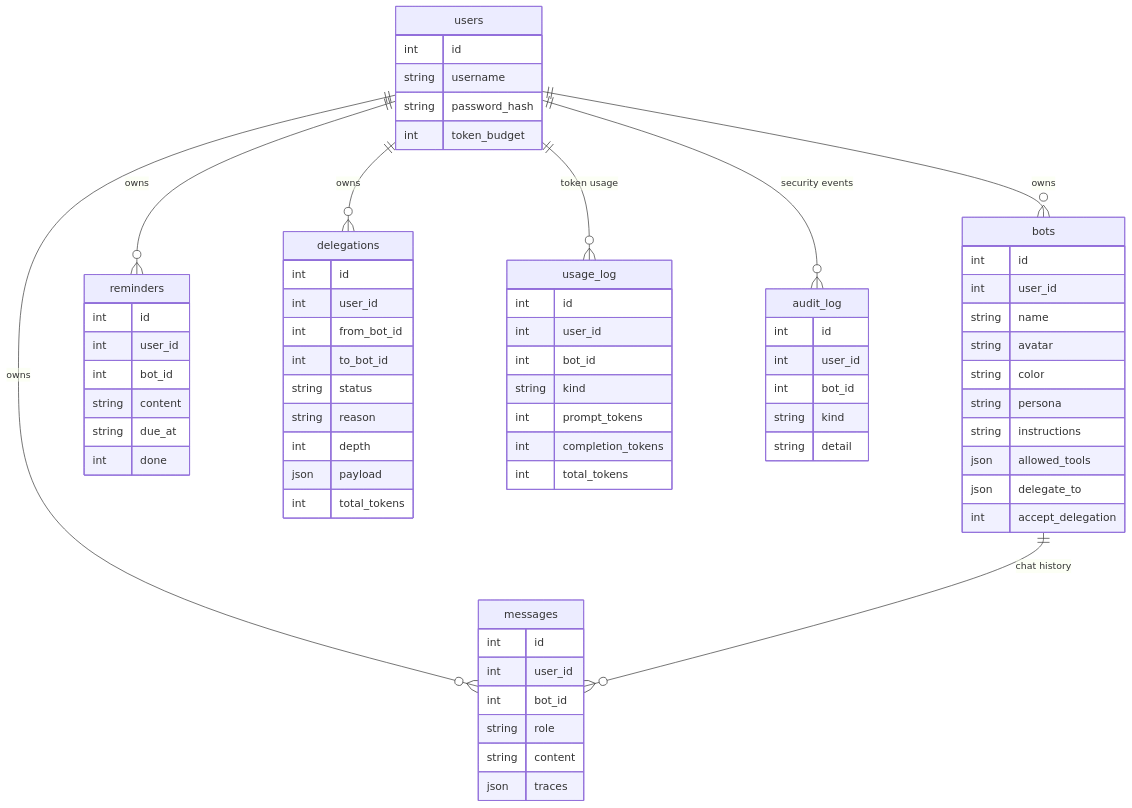
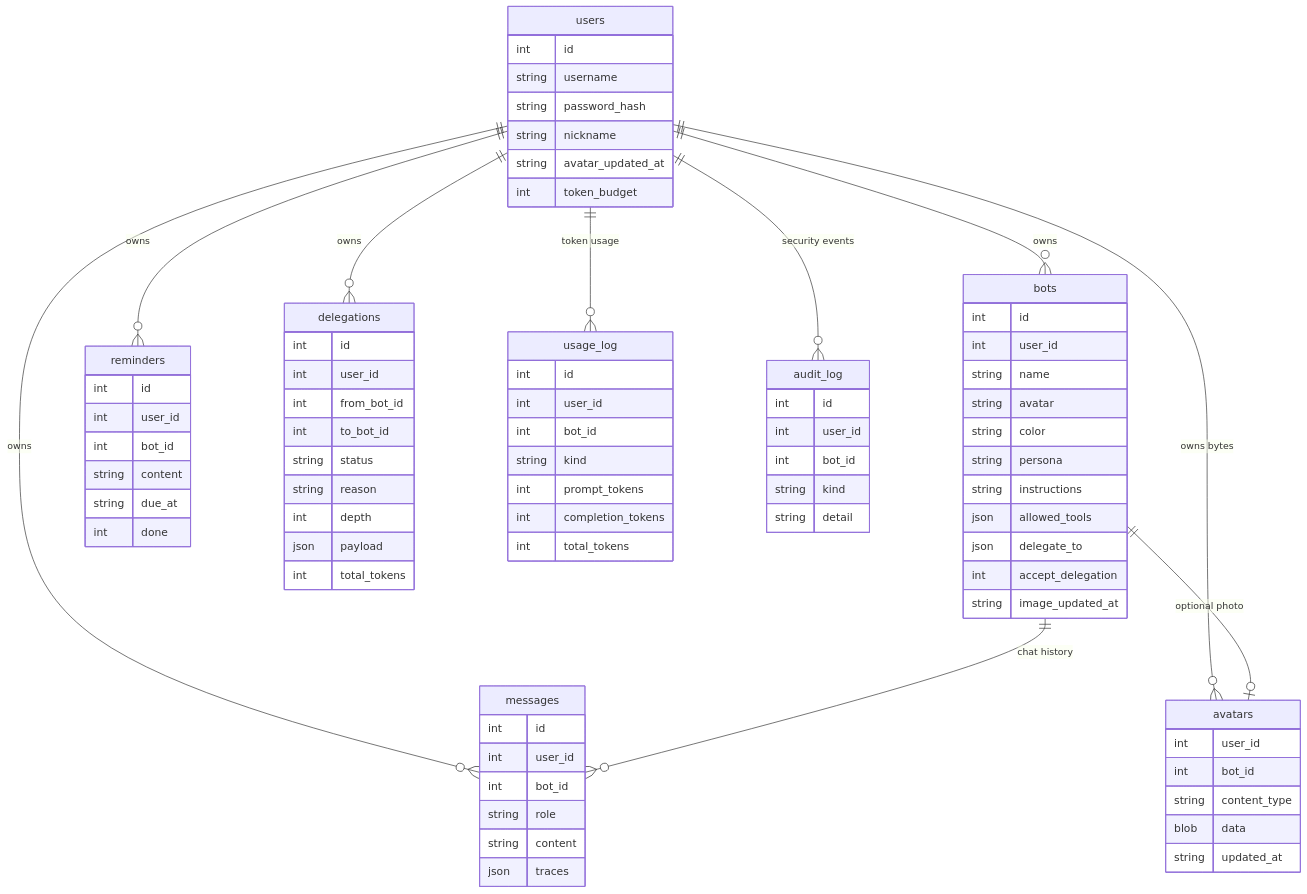
The second of 2 diagrams in docs/design/ARCHITECTURE.md (luisporschewind-ai/VeraBot), drawn with Mermaid before and after one commit. The commit also changed other lines of this file and 42 other files, not shown here.

First line of the commit message:
feat: add user and bot photo avatars and editable nickname

````diff
--- a/docs/design/ARCHITECTURE.md
+++ b/docs/design/ARCHITECTURE.md
@@ -80,17 +80,20 @@
 ```mermaid
 erDiagram
     users ||--o{ bots : owns
     users ||--o{ messages : owns
     bots ||--o{ messages : "chat history"
     users ||--o{ reminders : owns
     users ||--o{ delegations : owns
     users ||--o{ usage_log : "token usage"
     users ||--o{ audit_log : "security events"
-    users { int id string username string password_hash int token_budget }
-    bots { int id int user_id string name string avatar string color string persona string instructions json allowed_tools json delegate_to int accept_delegation }
+    users ||--o{ avatars : "owns bytes"
+    bots ||--o| avatars : "optional photo"
+    users { int id string username string password_hash string nickname string avatar_updated_at int token_budget }
+    bots { int id int user_id string name string avatar string color string persona string instructions json allowed_tools json delegate_to int accept_delegation string image_updated_at }
+    avatars { int user_id int bot_id string content_type blob data string updated_at }
     messages { int id int user_id int bot_id string role string content json traces }
     reminders { int id int user_id int bot_id string content string due_at int done }
     delegations { int id int user_id int from_bot_id int to_bot_id string status string reason int depth json payload int total_tokens }
     usage_log { int id int user_id int bot_id string kind int prompt_tokens int completion_tokens int total_tokens }
     audit_log { int id int user_id int bot_id string kind string detail }
 ```
````
